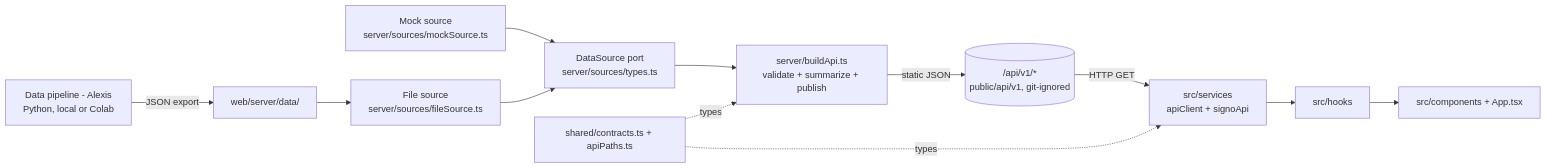
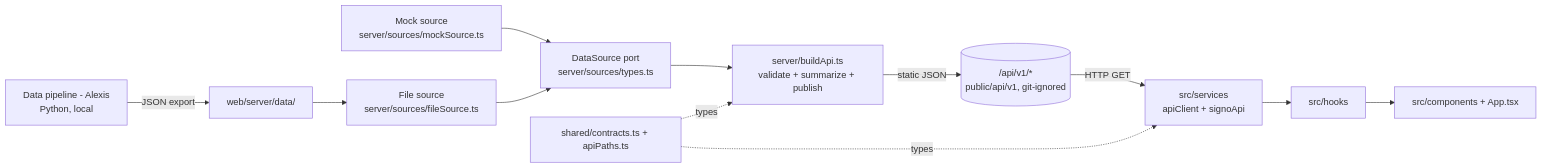
The diagram in .ai-context/02-architecture.md (AetherKernel/SIGNO), drawn with Mermaid before and after one commit. The commit also changed other lines of this file and 11 other files, not shown here.

````diff
--- a/.ai-context/02-architecture.md
+++ b/.ai-context/02-architecture.md
@@ -18,12 +18,12 @@
 ```mermaid
 flowchart LR
-  P[Data pipeline - Alexis<br/>Python, local or Colab] -- JSON export --> D[web/server/data/]
+  P[Data pipeline - Alexis<br/>Python, local] -- JSON export --> D[web/server/data/]
   M[Mock source<br/>server/sources/mockSource.ts] --> S
   D --> F[File source<br/>server/sources/fileSource.ts] --> S[DataSource port<br/>server/sources/types.ts]
   S --> B[server/buildApi.ts<br/>validate + summarize + publish]
   B -- static JSON --> A[(/api/v1/*<br/>public/api/v1, git-ignored)]
   A -- HTTP GET --> C[src/services<br/>apiClient + signoApi]
   C --> H[src/hooks] --> V[src/components + App.tsx]
   K[shared/contracts.ts + apiPaths.ts] -.types.-> B
   K -.types.-> C
 ```
````
